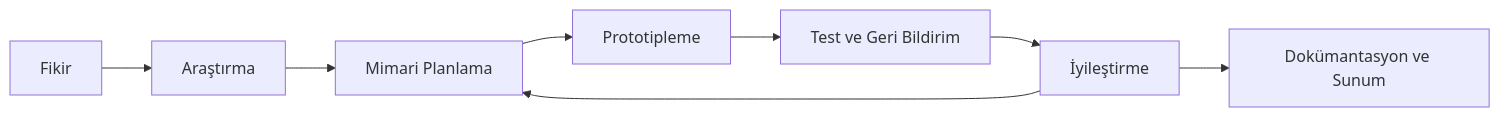
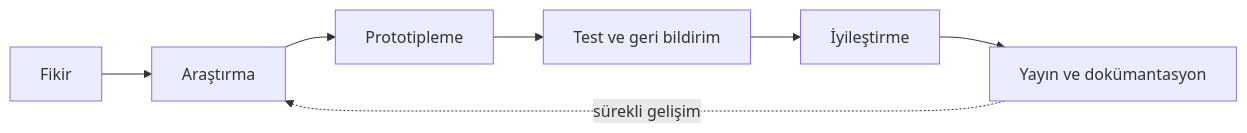
Before and after one commit to TheRottex/VORTEX-YAPAY-ZEKA-ASISTANI: the first of 2 diagrams in README.md, drawn with Mermaid. The commit also changed other lines of this file and 3 other files, not shown here.

````diff
--- a/README.md
+++ b/README.md
@@ -169,10 +88,9 @@
 ```mermaid
 flowchart LR
-    A[Fikir] --> B[Araştırma]
-    B --> C[Mimari Planlama]
-    C --> D[Prototipleme]
-    D --> E[Test ve Geri Bildirim]
-    E --> F[İyileştirme]
-    F --> C
-    F --> G[Dokümantasyon ve Sunum]
+    F[Fikir] --> A[Araştırma]
+    A --> P[Prototipleme]
+    P --> T[Test ve geri bildirim]
+    T --> I[İyileştirme]
+    I --> Y[Yayın ve dokümantasyon]
+    Y -. sürekli gelişim .-> A
 ```
````
